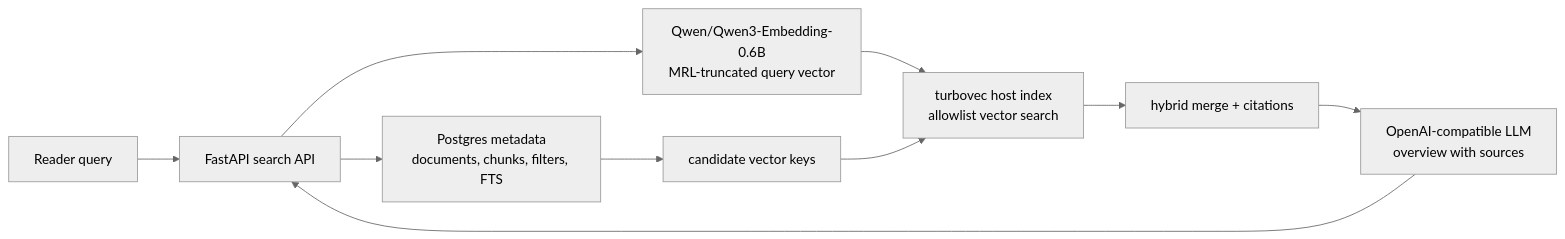
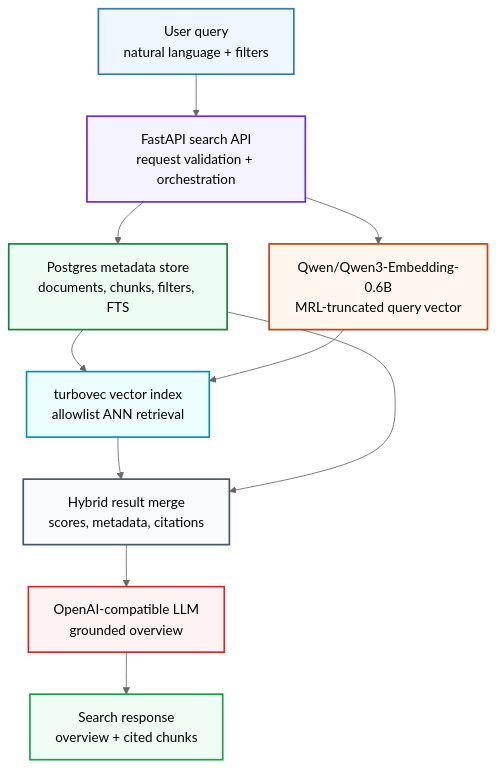
The diagram in README.md (anishk123/turbosearch), drawn with Mermaid (neutral theme) before and after one commit. The commit also changed other lines of this file and 9 other files, not shown here.

````diff
--- a/README.md
+++ b/README.md
@@ -14,12 +14,30 @@
 ```mermaid
-flowchart LR
-  User["Reader query"] --> API["FastAPI search API"]
-  API --> PG["Postgres metadata<br/>documents, chunks, filters, FTS"]
-  API --> Qwen["Qwen/Qwen3-Embedding-0.6B<br/>MRL-truncated query vector"]
-  Qwen --> Turbo["turbovec host index<br/>allowlist vector search"]
-  PG --> Allow["candidate vector keys"]
-  Allow --> Turbo
-  Turbo --> Merge["hybrid merge + citations"]
-  Merge --> LLM["OpenAI-compatible LLM<br/>overview with sources"]
-  LLM --> API
+flowchart TB
+  User["User query<br/>natural language + filters"]
+  API["FastAPI search API<br/>request validation + orchestration"]
+  PG["Postgres metadata store<br/>documents, chunks, filters, FTS"]
+  Qwen["Qwen/Qwen3-Embedding-0.6B<br/>MRL-truncated query vector"]
+  Turbo["turbovec vector index<br/>allowlist ANN retrieval"]
+  Merge["Hybrid result merge<br/>scores, metadata, citations"]
+  LLM["OpenAI-compatible LLM<br/>grounded overview"]
+  Response["Search response<br/>overview + cited chunks"]
+
+  User --> API
+  API --> PG
+  API --> Qwen
+  PG --> Turbo
+  Qwen --> Turbo
+  Turbo --> Merge
+  PG --> Merge
+  Merge --> LLM
+  LLM --> Response
+
+  style User fill:#eef6ff,stroke:#3776ab,stroke-width:2px
+  style API fill:#f5f3ff,stroke:#6d28d9,stroke-width:2px
+  style PG fill:#eefdf3,stroke:#16803c,stroke-width:2px
+  style Qwen fill:#fff7ed,stroke:#c2410c,stroke-width:2px
+  style Turbo fill:#ecfeff,stroke:#0891b2,stroke-width:2px
+  style Merge fill:#f8fafc,stroke:#475569,stroke-width:2px
+  style LLM fill:#fef2f2,stroke:#dc2626,stroke-width:2px
+  style Response fill:#f0fdf4,stroke:#16a34a,stroke-width:2px
 ```
````
